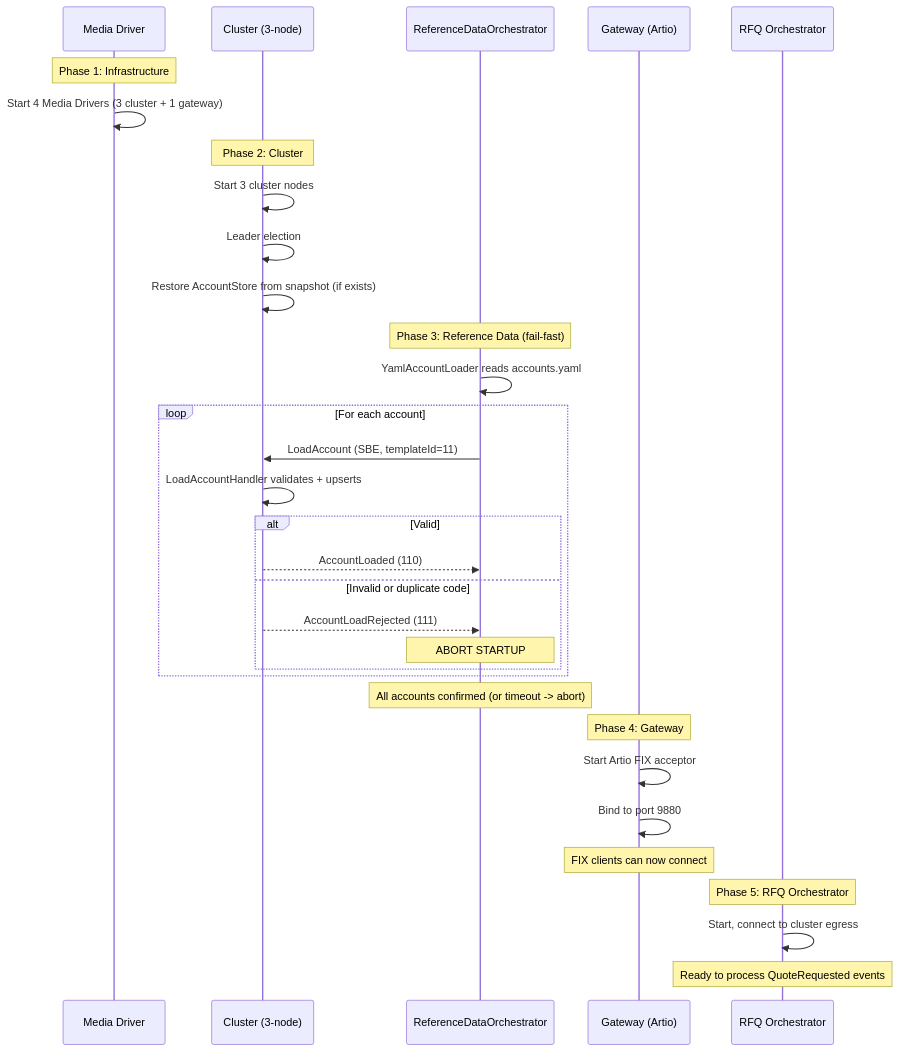
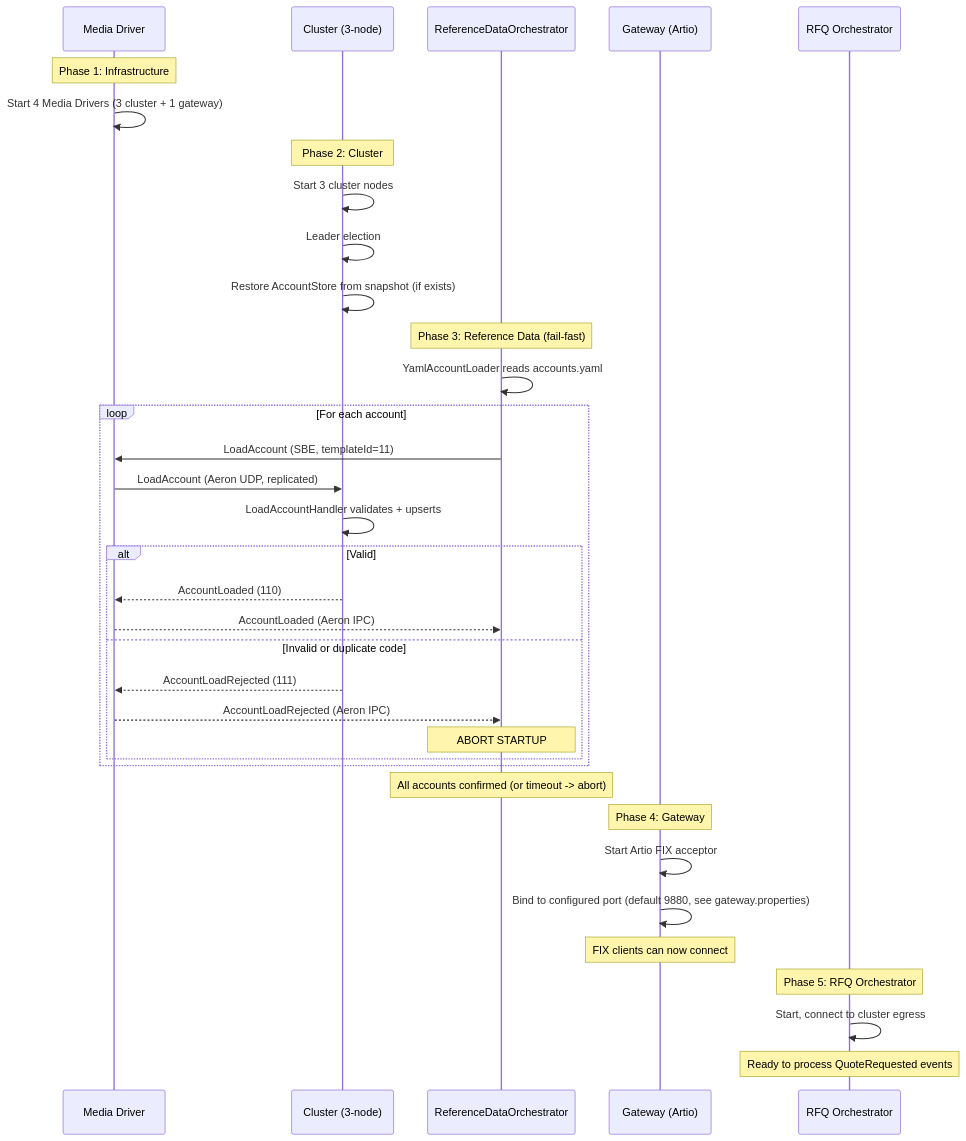
Before and after one commit to jsohi/app-trading-engine: the fourth of 4 diagrams in docs/sequences.md, drawn with Mermaid. The commit also changed other lines of this file and 4 other files, not shown here.

````diff
--- a/docs/sequences.md
+++ b/docs/sequences.md
@@ -183,39 +183,42 @@
 ```mermaid
 sequenceDiagram
     participant MD as Media Driver
     participant K as Cluster (3-node)
     participant RDO as ReferenceDataOrchestrator
     participant G as Gateway (Artio)
     participant O as RFQ Orchestrator
 
     Note over MD: Phase 1: Infrastructure
     MD->>MD: Start 4 Media Drivers (3 cluster + 1 gateway)
 
     Note over K: Phase 2: Cluster
     K->>K: Start 3 cluster nodes
     K->>K: Leader election
     K->>K: Restore AccountStore from snapshot (if exists)
 
     Note over RDO: Phase 3: Reference Data (fail-fast)
     RDO->>RDO: YamlAccountLoader reads accounts.yaml
     loop For each account
-        RDO->>K: LoadAccount (SBE, templateId=11)
+        RDO->>MD: LoadAccount (SBE, templateId=11)
+        MD->>K: LoadAccount (Aeron UDP, replicated)
         K->>K: LoadAccountHandler validates + upserts
         alt Valid
-            K-->>RDO: AccountLoaded (110)
+            K-->>MD: AccountLoaded (110)
+            MD-->>RDO: AccountLoaded (Aeron IPC)
         else Invalid or duplicate code
-            K-->>RDO: AccountLoadRejected (111)
+            K-->>MD: AccountLoadRejected (111)
+            MD-->>RDO: AccountLoadRejected (Aeron IPC)
             Note over RDO: ABORT STARTUP
         end
     end
     Note over RDO: All accounts confirmed (or timeout -> abort)
 
     Note over G: Phase 4: Gateway
     G->>G: Start Artio FIX acceptor
-    G->>G: Bind to port 9880
+    G->>G: Bind to configured port (default 9880, see gateway.properties)
     Note over G: FIX clients can now connect
 
     Note over O: Phase 5: RFQ Orchestrator
     O->>O: Start, connect to cluster egress
     Note over O: Ready to process QuoteRequested events
 ```
````
